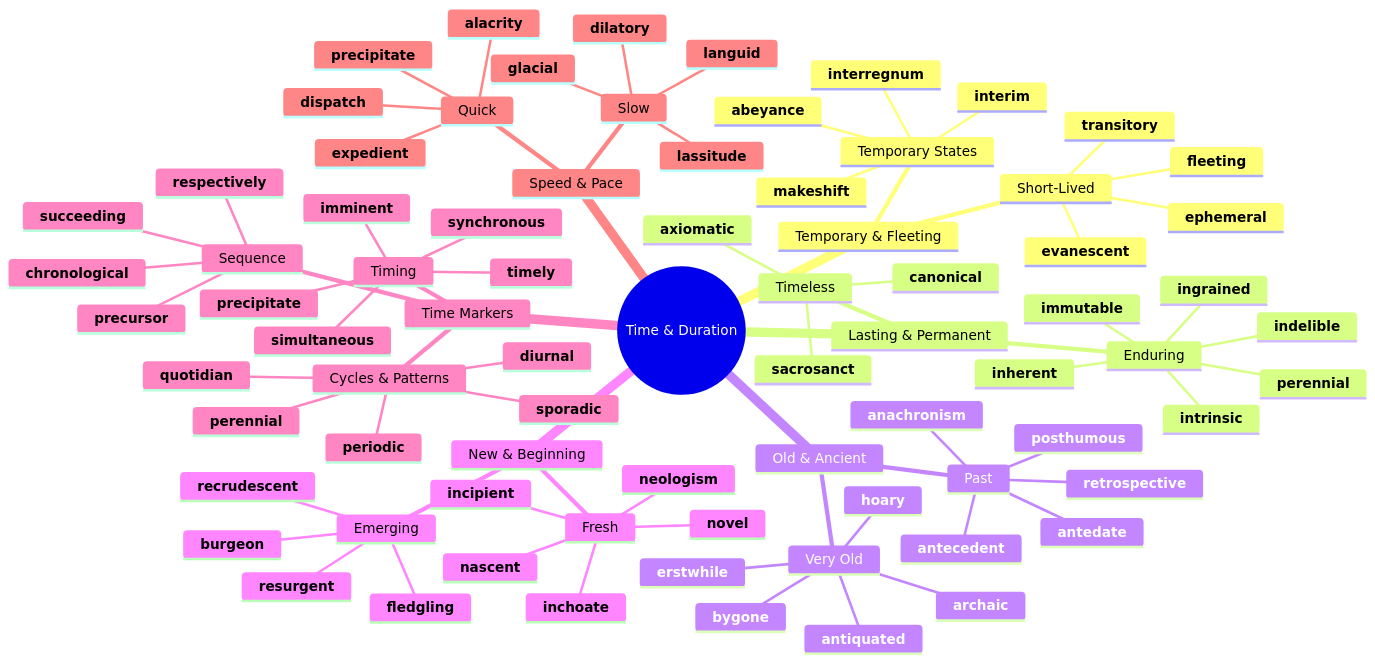
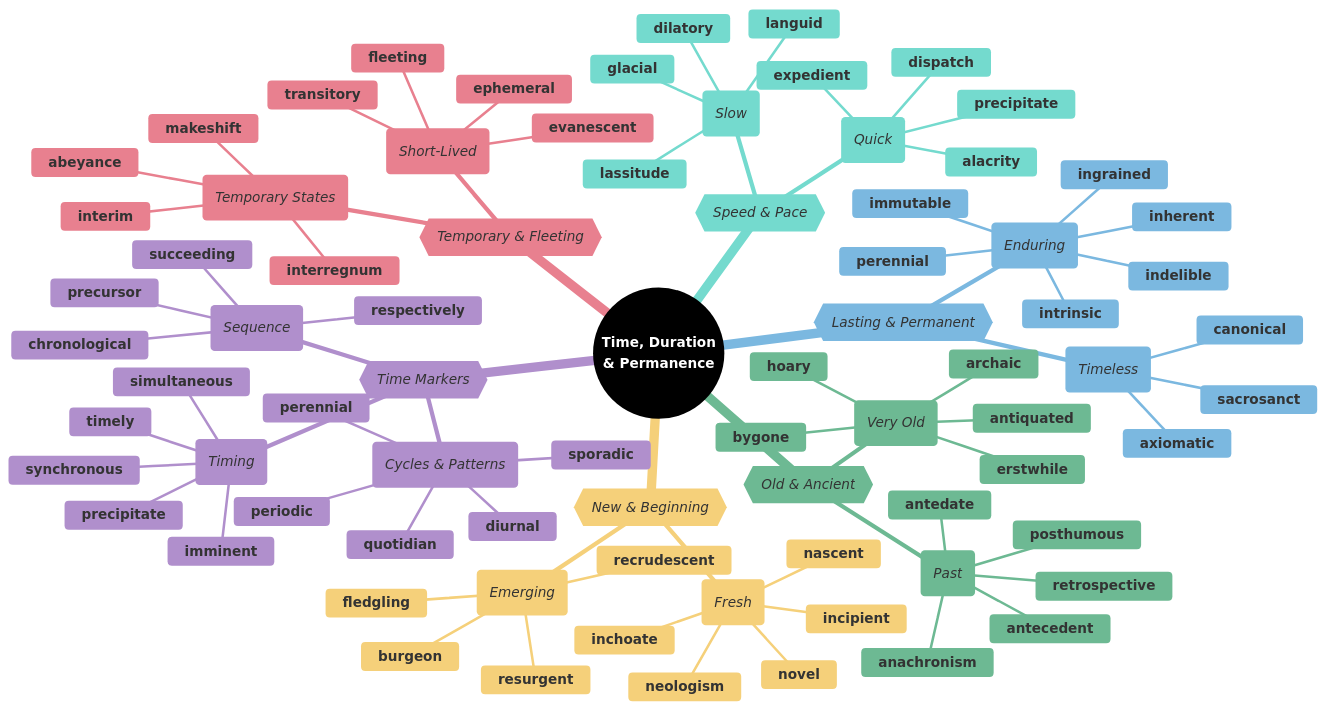
One commit to 95anantsingh/gre-preparation changed the first of 8 diagrams in mindmaps/15-time-and-duration.md. Above: the diagram before and after it, drawn with Mermaid. The commit also changed other lines of this file and 14 other files, not shown here.

````diff
--- a/mindmaps/15-time-and-duration.md
+++ b/mindmaps/15-time-and-duration.md
@@ -5,79 +5,98 @@
 ```mermaid
+%%{
+  init: {
+    "theme": "base",
+    "themeVariables": {
+      "primaryColor": "#000000",
+      "cScale1": "#e8808f",  "cScaleInv1": "#a33445",
+      "cScale2": "#7bb8e0",  "cScaleInv2": "#266a93",
+      "cScale3": "#6db993",  "cScaleInv3": "#23543f",
+      "cScale4": "#f5d07a",  "cScaleInv4": "#c4903b",
+      "cScale5": "#b08fcc",  "cScaleInv5": "#5d3b75",
+      "cScale6": "#74dace",  "cScaleInv6": "#217d72",
+      "cScale7": "#f09570",  "cScaleInv7": "#b84112",
+      "cScale8": "#8ea8c2",  "cScaleInv8": "#32465e",
+      "cScale9": "#cc7fba",  "cScaleInv9": "#7d2868",
+      "cScale10": "#c99a78", "cScaleInv10": "#7c4e32",
+      "cScale11": "#a3a3a3", "cScaleInv11": "#3d3d3d"
+    }
+  }
+}%%
 mindmap
-  root((Time & Duration))
-    Temporary & Fleeting
-      Short-Lived
+  root((<font color=white>**Time, Duration </br>& Permanence**</font>))
+    {{_Temporary & Fleeting_}}
+      (_Short-Lived_)
         **ephemeral**
         **fleeting**
         **transitory**
         **evanescent**
-      Temporary States
+      (_Temporary States_)
         **abeyance**
         **makeshift**
         **interregnum**
         **interim**
-    Lasting & Permanent
-      Enduring
+    {{_Lasting & Permanent_}}
+      (_Enduring_)
         **perennial**
         **immutable**
         **indelible**
         **ingrained**
         **inherent**
         **intrinsic**
-      Timeless
+      (_Timeless_)
         **sacrosanct**
         **canonical**
         **axiomatic**
-    Old & Ancient
-      Very Old
+    {{_Old & Ancient_}}
+      (_Very Old_)
         **archaic**
         **hoary**
         **bygone**
         **erstwhile**
         **antiquated**
-      Past
+      (_Past_)
         **posthumous**
         **retrospective**
         **anachronism**
         **antecedent**
         **antedate**
-    New & Beginning
-      Fresh
+    {{_New & Beginning_}}
+      (_Fresh_)
         **novel**
         **nascent**
         **inchoate**
         **incipient**
         **neologism**
-      Emerging
+      (_Emerging_)
         **fledgling**
         **burgeon**
         **resurgent**
         **recrudescent**
-    Time Markers
-      Timing
+    {{_Time Markers_}}
+      (_Timing_)
         **timely**
         **precipitate**
         **imminent**
         **simultaneous**
         **synchronous**
-      Sequence
+      (_Sequence_)
         **chronological**
         **precursor**
         **succeeding**
         **respectively**
-      Cycles & Patterns
+      (_Cycles & Patterns_)
         **diurnal**
         **quotidian**
         **perennial**
         **sporadic**
         **periodic**
-    Speed & Pace
-      Quick
+    {{_Speed & Pace_}}
+      (_Quick_)
         **alacrity**
         **dispatch**
         **precipitate**
         **expedient**
-      Slow
+      (_Slow_)
         **dilatory**
         **glacial**
         **languid**
````
